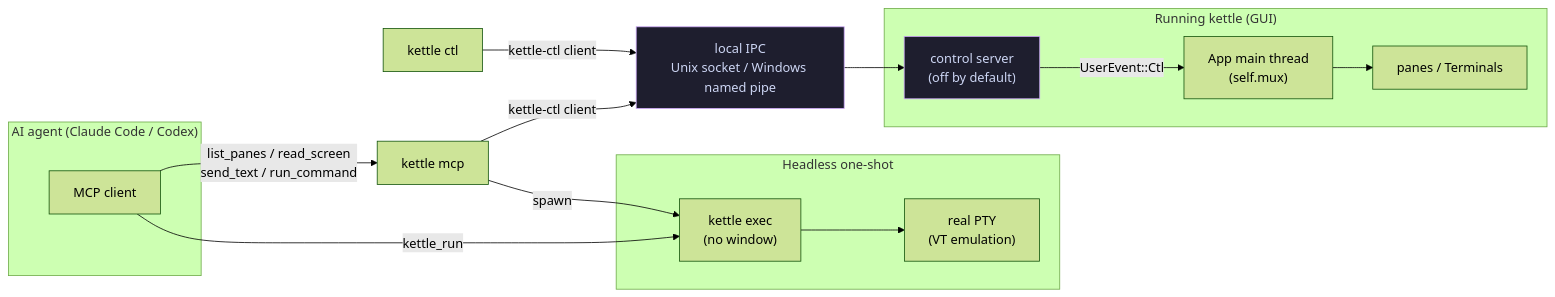
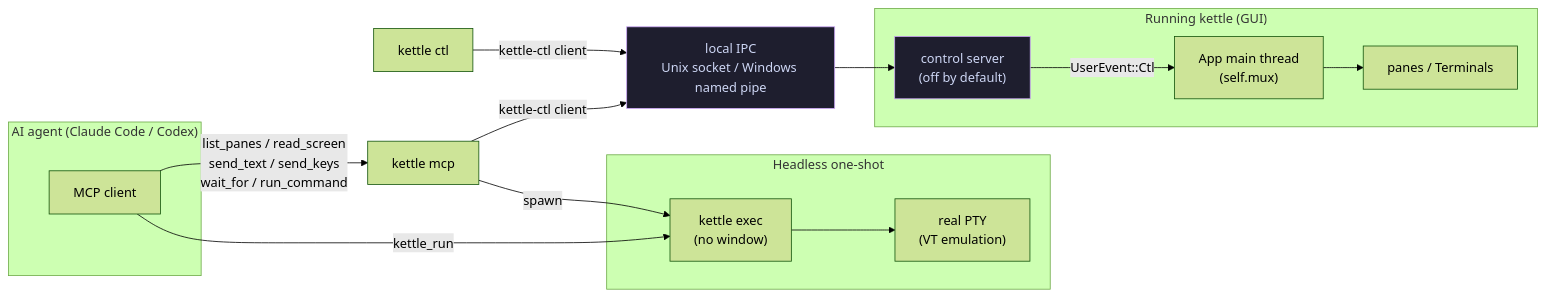
Before and after one commit to Reddimus/kettle: the diagram in docs/AGENT.md, drawn with Mermaid (forest theme). The commit also changed other lines of this file and 50 other files, not shown here.

````diff
--- a/docs/AGENT.md
+++ b/docs/AGENT.md
@@ -26,26 +26,26 @@
 ```mermaid
 flowchart LR
     subgraph agent["AI agent (Claude Code / Codex)"]
         cc["MCP client"]
     end
     subgraph oneshot["Headless one-shot"]
         exec["kettle exec<br/>(no window)"]
         pty1["real PTY<br/>(VT emulation)"]
         exec --> pty1
     end
     subgraph gui["Running kettle (GUI)"]
         srv["control server<br/>(off by default)"]
         app["App main thread<br/>(self.mux)"]
         panes["panes / Terminals"]
         srv -->|UserEvent::Ctl| app
         app --> panes
     end
     cc -->|kettle_run| exec
-    cc -->|"list_panes / read_screen<br/>send_text / run_command"| mcp["kettle mcp"]
+    cc -->|"list_panes / read_screen<br/>send_text / send_keys<br/>wait_for / run_command"| mcp["kettle mcp"]
     mcp -->|spawn| exec
     mcp -->|"kettle-ctl client"| ipc["local IPC<br/>Unix socket / Windows named pipe"]
     ctl["kettle ctl"] -->|kettle-ctl client| ipc
     ipc --> srv
     classDef off fill:#1e1e2e,stroke:#cba6f7,color:#cdd6f4;
     class srv,ipc off;
 ```
````
